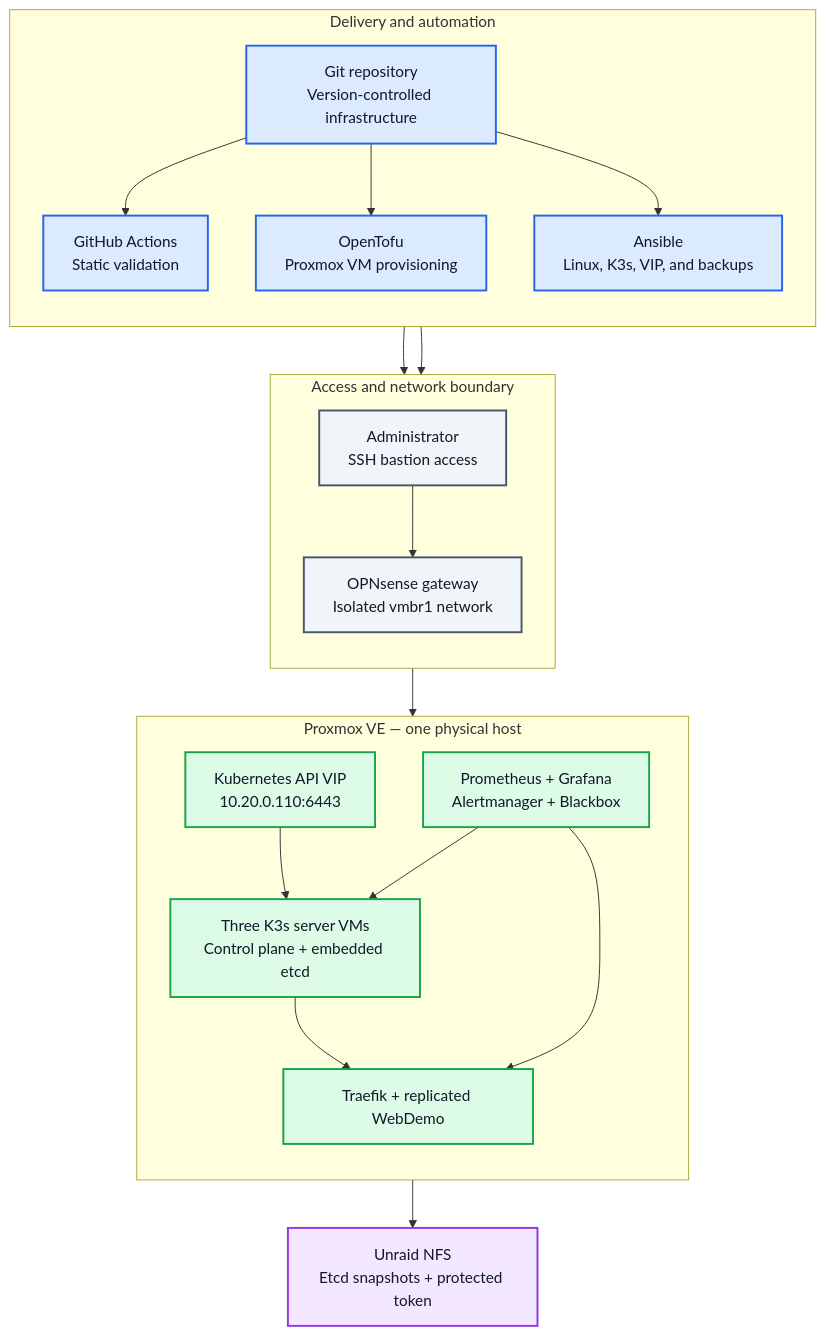
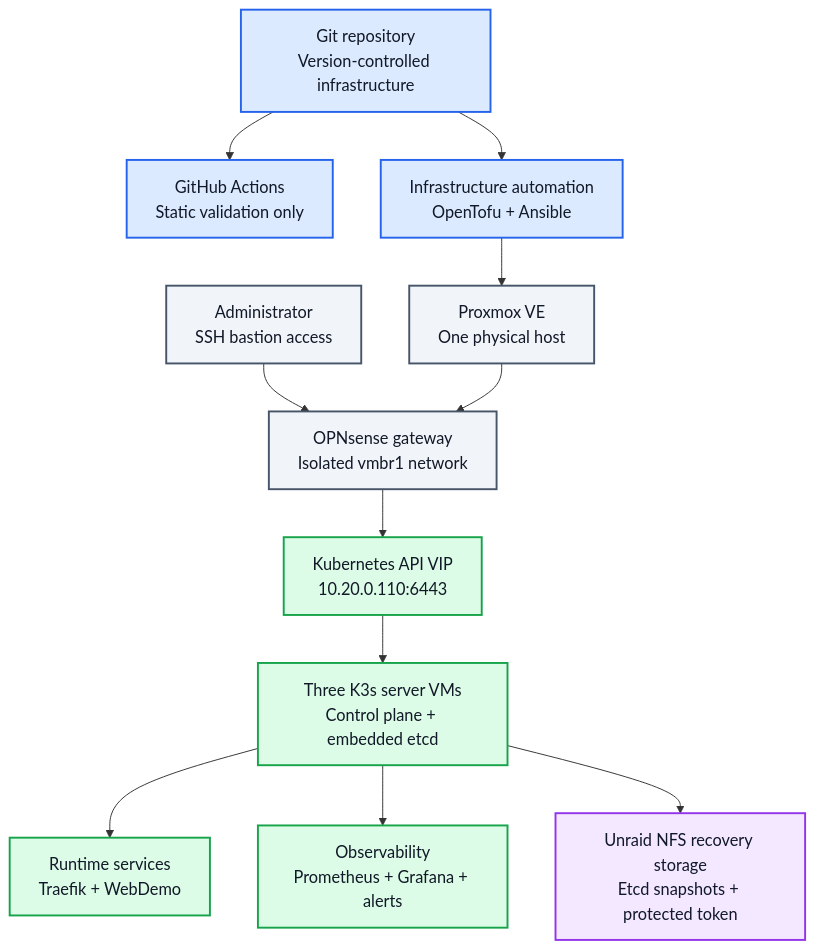
One commit to Capasiter/homelab-portfolio changed the first of 2 diagrams in README.md. Above: the diagram before and after it, drawn with Mermaid.

Commit message:
docs: enlarge detailed architecture diagram

````diff
--- a/README.md
+++ b/README.md
@@ -32,49 +32,35 @@
 ```mermaid
-flowchart TB
-    subgraph Delivery["Delivery and automation"]
-        direction TB
-        Git["Git repository<br/>Version-controlled infrastructure"]
-        CI["GitHub Actions<br/>Static validation"]
-        Tofu["OpenTofu<br/>Proxmox VM provisioning"]
-        Ansible["Ansible<br/>Linux, K3s, VIP, and backups"]
-        Git --> CI
-        Git --> Tofu
-        Git --> Ansible
-    end
+flowchart TD
+    Git["Git repository<br/>Version-controlled infrastructure"]
+    CI["GitHub Actions<br/>Static validation only"]
+    Automation["Infrastructure automation<br/>OpenTofu + Ansible"]
+    Proxmox["Proxmox VE<br/>One physical host"]
+    Admin["Administrator<br/>SSH bastion access"]
+    Gateway["OPNsense gateway<br/>Isolated vmbr1 network"]
+    VIP["Kubernetes API VIP<br/>10.20.0.110:6443"]
+    Cluster["Three K3s server VMs<br/>Control plane + embedded etcd"]
+    Services["Runtime services<br/>Traefik + WebDemo"]
+    Observe["Observability<br/>Prometheus + Grafana + alerts"]
+    Backup["Unraid NFS recovery storage<br/>Etcd snapshots + protected token"]
 
-    subgraph Access["Access and network boundary"]
-        direction TB
-        Admin["Administrator<br/>SSH bastion access"]
-        Gateway["OPNsense gateway<br/>Isolated vmbr1 network"]
-        Admin --> Gateway
-    end
-
-    subgraph Platform["Proxmox VE — one physical host"]
-        direction TB
-        VIP["Kubernetes API VIP<br/>10.20.0.110:6443"]
-        Cluster["Three K3s server VMs<br/>Control plane + embedded etcd"]
-        App["Traefik + replicated WebDemo"]
-        Observe["Prometheus + Grafana<br/>Alertmanager + Blackbox"]
-        VIP --> Cluster
-        Cluster --> App
-        Observe --> Cluster
-        Observe --> App
-    end
-
-    Backup["Unraid NFS<br/>Etcd snapshots + protected token"]
-
-    Tofu --> Gateway
-    Ansible --> Gateway
+    Git --> CI
+    Git --> Automation
+    Automation --> Proxmox
+    Admin --> Gateway
+    Proxmox --> Gateway
     Gateway --> VIP
+    VIP --> Cluster
+    Cluster --> Services
+    Cluster --> Observe
     Cluster --> Backup
 
-    classDef delivery fill:#DBEAFE,stroke:#2563EB,color:#111827,stroke-width:2px,font-size:16px
-    classDef boundary fill:#F1F5F9,stroke:#475569,color:#111827,stroke-width:2px,font-size:16px
-    classDef runtime fill:#DCFCE7,stroke:#16A34A,color:#111827,stroke-width:2px,font-size:16px
-    classDef recovery fill:#F3E8FF,stroke:#9333EA,color:#111827,stroke-width:2px,font-size:16px
+    classDef delivery fill:#DBEAFE,stroke:#2563EB,color:#111827,stroke-width:2px,font-size:17px
+    classDef boundary fill:#F1F5F9,stroke:#475569,color:#111827,stroke-width:2px,font-size:17px
+    classDef runtime fill:#DCFCE7,stroke:#16A34A,color:#111827,stroke-width:2px,font-size:17px
+    classDef recovery fill:#F3E8FF,stroke:#9333EA,color:#111827,stroke-width:2px,font-size:17px
 
-    class Git,CI,Tofu,Ansible delivery
-    class Admin,Gateway boundary
-    class VIP,Cluster,App,Observe runtime
+    class Git,CI,Automation delivery
+    class Proxmox,Admin,Gateway boundary
+    class VIP,Cluster,Services,Observe runtime
     class Backup recovery
 ```
````
